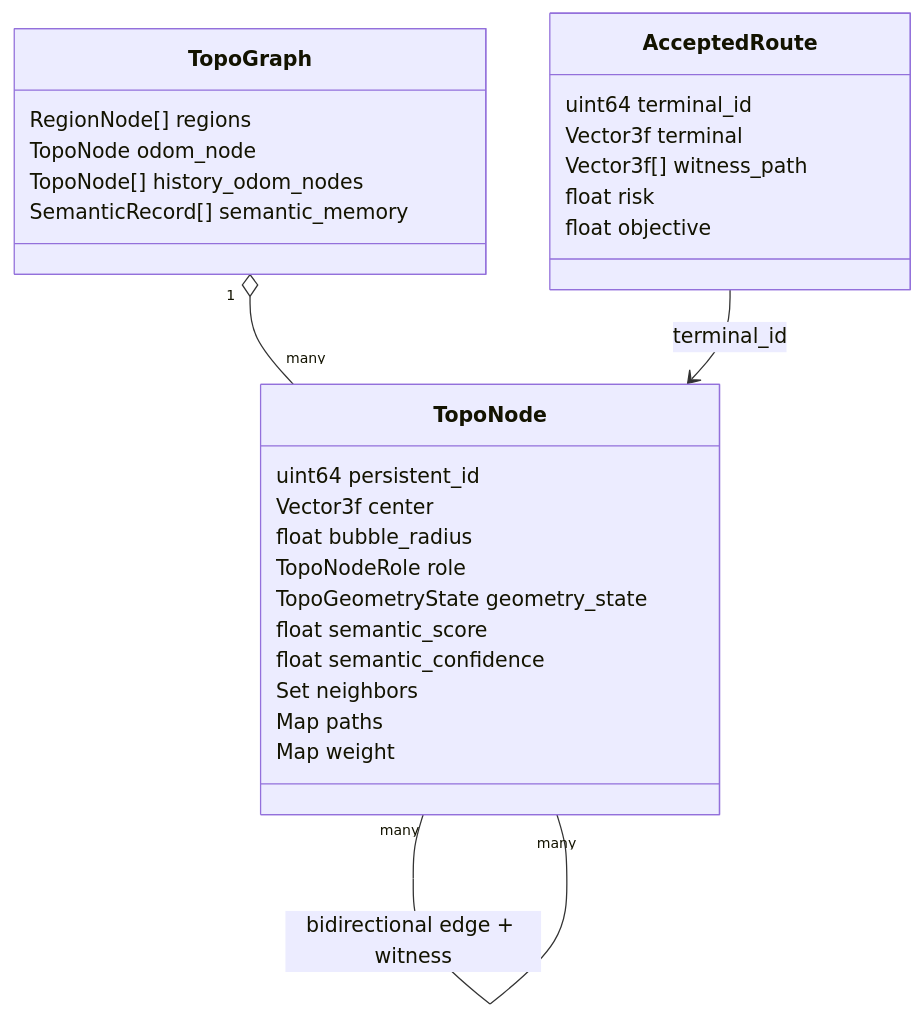
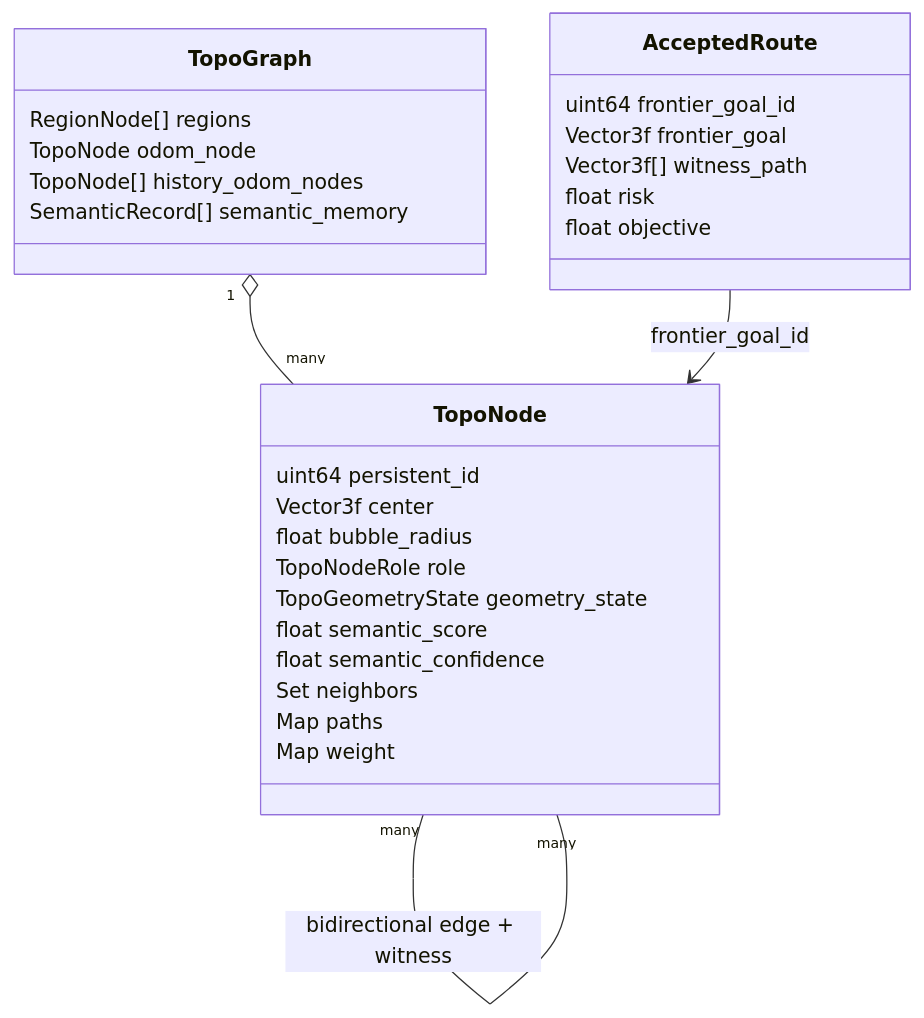
Before and after one commit to puffyq/scaleNav: the fifth of 10 diagrams in scalenav_ws/docs/ALGORITHM_DESIGN.md, drawn with Mermaid. The commit also changed other lines of this file and 83 other files, not shown here.

````diff
--- a/scalenav_ws/docs/ALGORITHM_DESIGN.md
+++ b/scalenav_ws/docs/ALGORITHM_DESIGN.md
@@ -166,31 +172,31 @@
 ```mermaid
 classDiagram
     class TopoNode {
       uint64 persistent_id
       Vector3f center
       float bubble_radius
       TopoNodeRole role
       TopoGeometryState geometry_state
       float semantic_score
       float semantic_confidence
       Set neighbors
       Map paths
       Map weight
     }
     class TopoGraph {
       RegionNode[] regions
       TopoNode odom_node
       TopoNode[] history_odom_nodes
       SemanticRecord[] semantic_memory
     }
     class AcceptedRoute {
-      uint64 terminal_id
-      Vector3f terminal
+      uint64 frontier_goal_id
+      Vector3f frontier_goal
       Vector3f[] witness_path
       float risk
       float objective
     }
     TopoGraph "1" o-- "many" TopoNode
     TopoNode "many" -- "many" TopoNode : bidirectional edge + witness
-    AcceptedRoute --> TopoNode : terminal_id
+    AcceptedRoute --> TopoNode : frontier_goal_id
 ```
````
